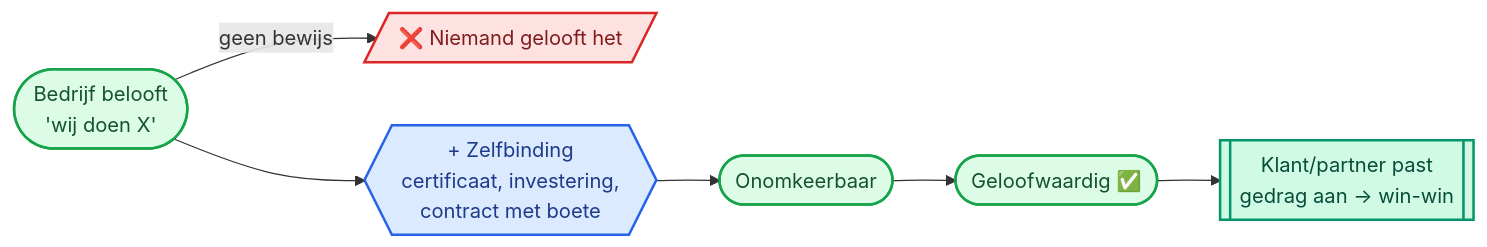
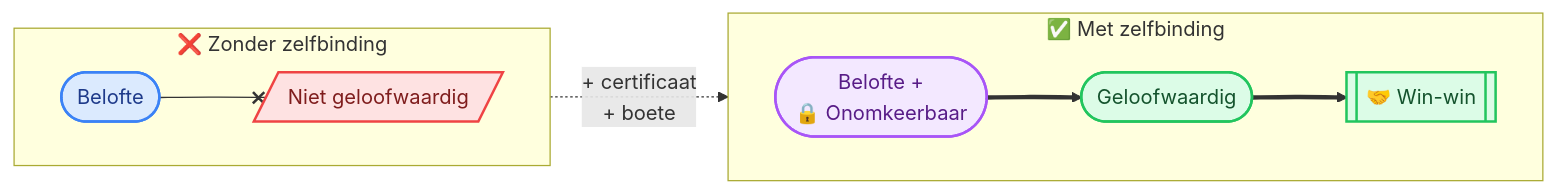
One commit to ateknol/HAVO-Economie-examen changed the eighth of 23 diagrams in Volledige_Samenvatting_H1_H2.md. Above: the diagram before and after it, drawn with Mermaid. The commit also changed other lines of this file and 6 other files, not shown here.

````diff
--- a/Volledige_Samenvatting_H1_H2.md
+++ b/Volledige_Samenvatting_H1_H2.md
@@ -542,23 +569,20 @@
 ```mermaid
 flowchart LR
-    A(["Bedrijf belooft<br/>'wij doen X'"])
-    B[/"❌ Niemand gelooft het"/]
-    C{{"+ Zelfbinding<br/>certificaat, investering,<br/>contract met boete"}}
-    D(["Onomkeerbaar"])
-    E(["Geloofwaardig ✅"])
-    F[["Klant/partner past<br/>gedrag aan → win-win"]]
-
-    A -->|"geen bewijs"| B
-    A --> C
-    C --> D --> E --> F
-
-    classDef proces fill:#dcfce7,stroke:#16a34a,stroke-width:2px,color:#14532d
-    classDef term fill:#dbeafe,stroke:#2563eb,stroke-width:2px,color:#1e3a8a
-    classDef fout fill:#fee2e2,stroke:#dc2626,stroke-width:2px,color:#7f1d1d
-    classDef goed fill:#d1fae5,stroke:#059669,stroke-width:2px,color:#064e3b
-
-    class A,D,E proces
-    class C term
-    class B fout
-    class F goed
+    subgraph ZB_Zon["❌ Zonder zelfbinding"]
+        direction LR
+        ZB_Bel(["Belofte"]) --x ZB_NGB[/"Niet geloofwaardig"/]
+    end
+    subgraph ZB_Met["✅ Met zelfbinding"]
+        direction LR
+        ZB_Cert(["Belofte +<br/>🔒 Onomkeerbaar"]) ==> ZB_Gel(["Geloofwaardig"]) ==> ZB_Win[["🤝 Win-win"]]
+    end
+    ZB_Bel -.->|"+ certificaat<br/>+ boete"| ZB_Cert
+    classDef falen fill:#fee2e2,stroke:#ef4444,stroke-width:2px,color:#7f1d1d
+    classDef succes fill:#dcfce7,stroke:#22c55e,stroke-width:2px,color:#14532d
+    classDef markt fill:#dbeafe,stroke:#3b82f6,stroke-width:2px,color:#1e3a8a
+    classDef oploss fill:#f3e8ff,stroke:#a855f7,stroke-width:2px,color:#581c87
+    class ZB_Bel markt
+    class ZB_NGB falen
+    class ZB_Cert oploss
+    class ZB_Gel,ZB_Win succes
 ```
````
